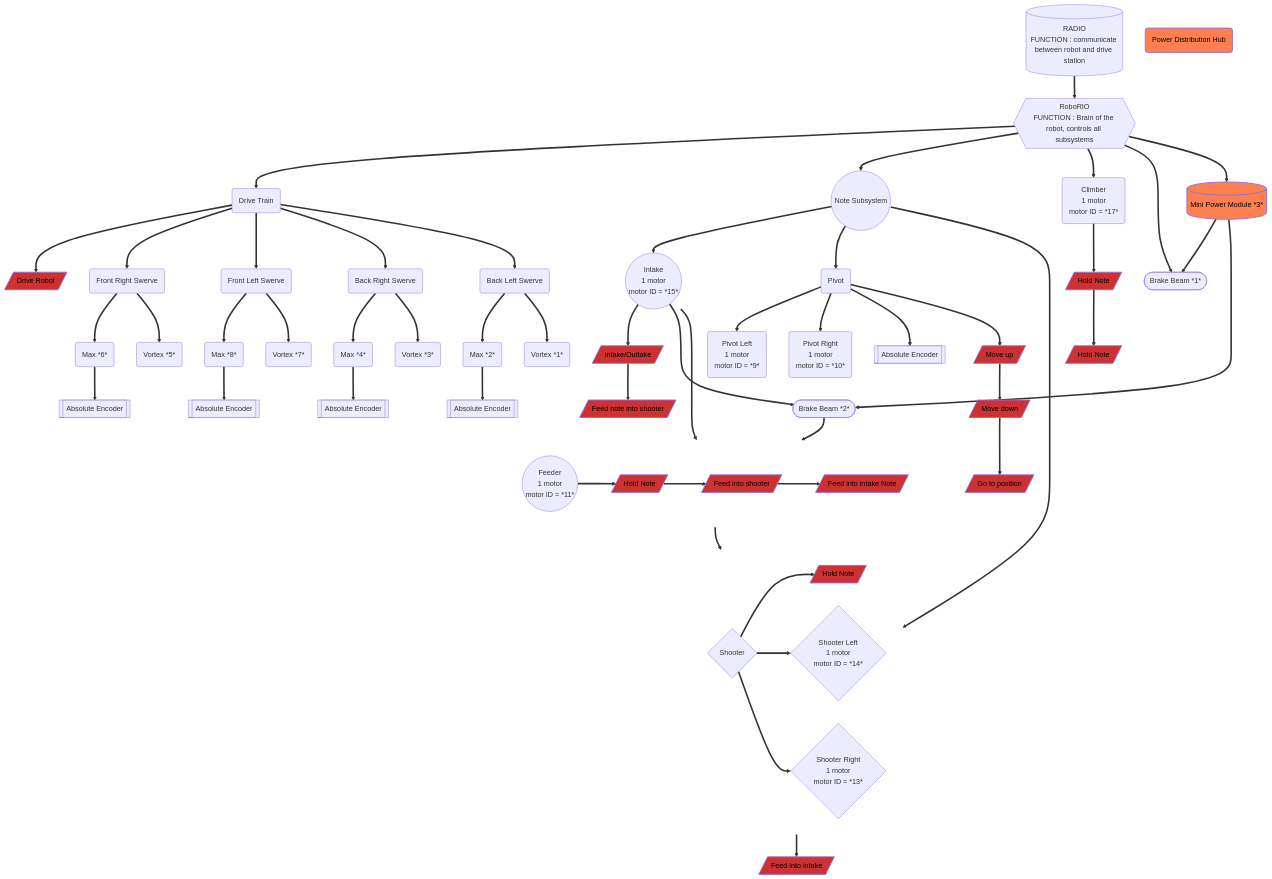
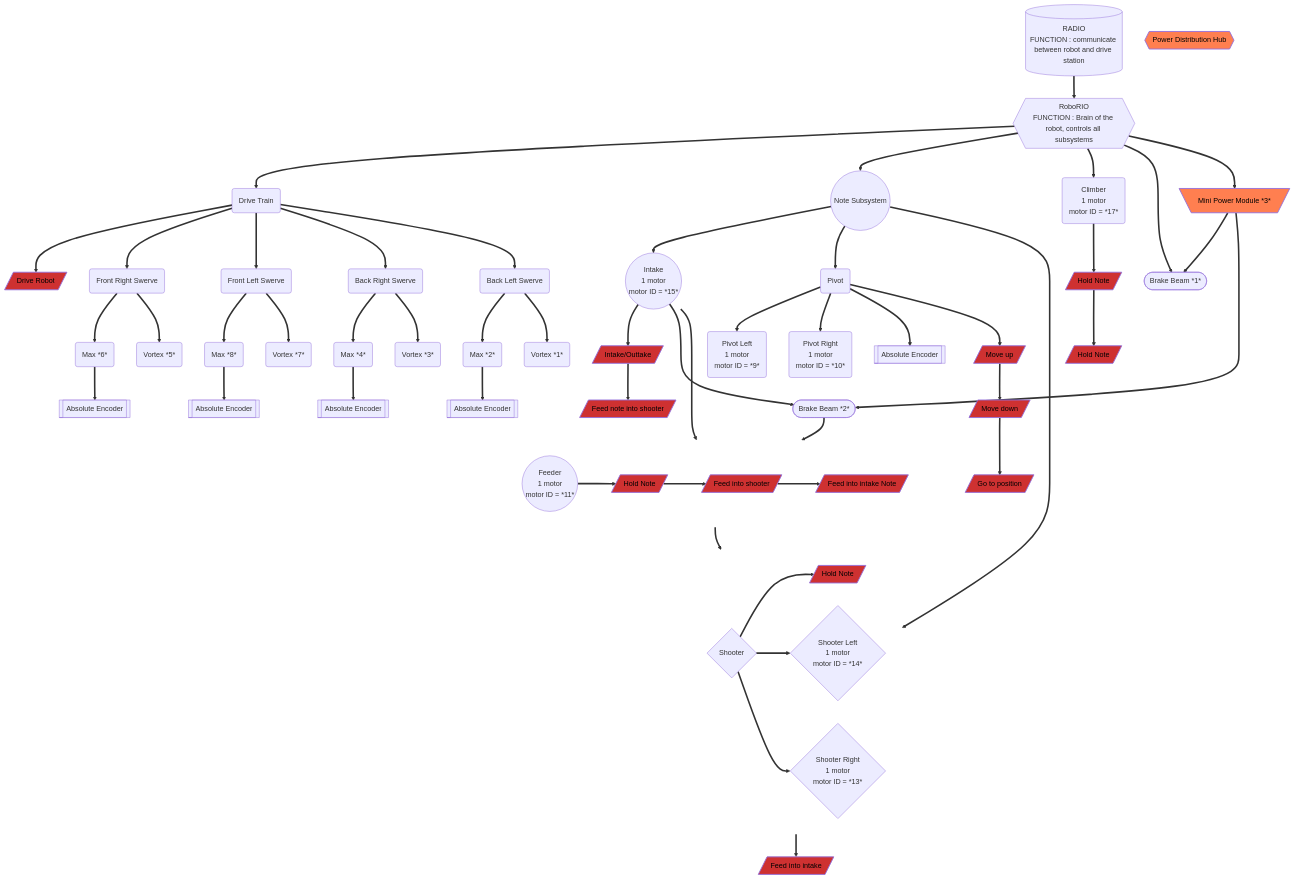
The diagram in tony_graphs.md (richardson-area-wide-robotics/Frc24-Crescendo-1745-OffSeason-AdvantageKit), drawn with Mermaid before and after one commit.

Commit message:
Power shape fixin

```diff
--- a/tony_graphs.md
+++ b/tony_graphs.md
@@ -64,8 +64,8 @@
     PivotSystem==>PivotEncoder[[Absolute Encoder]];
     IntakeSystem===>BrakeBeamNote([Brake Beam *2*])==>FeederSystem;
     RoboRIO==>ShooterBrakeBeam([Brake Beam *1*]);
-    RoboRIO==>MiniPowerModule[(Mini Power Module *3*)]==>ShooterBrakeBeam;
-    MiniPowerModule[(Mini Power Module *3*)]==>BrakeBeamNote;
+    RoboRIO==>MiniPowerModule[\Mini Power Module *3*/]==>ShooterBrakeBeam;
+    MiniPowerModule==>BrakeBeamNote;
     RADIO[(RADIO
 FUNCTION : communicate between robot and drive station)]==>RoboRIO;
     FUNCINTAKE1[/Intake/Outtake/]==>FUNCINTAKE2;
@@ -80,7 +80,7 @@
     FUNCPIVOT2[/Move down/]==>FUNCPIVOT3;
     FUNCPIVOT3[/Go to position/];
 
-    PDH(Power Distribution Hub);
+    PDH{{Power Distribution Hub}};
 
 
     classDef fuctionStyle fill:#ce3131,stroke-width:2px,color:#000;
```
